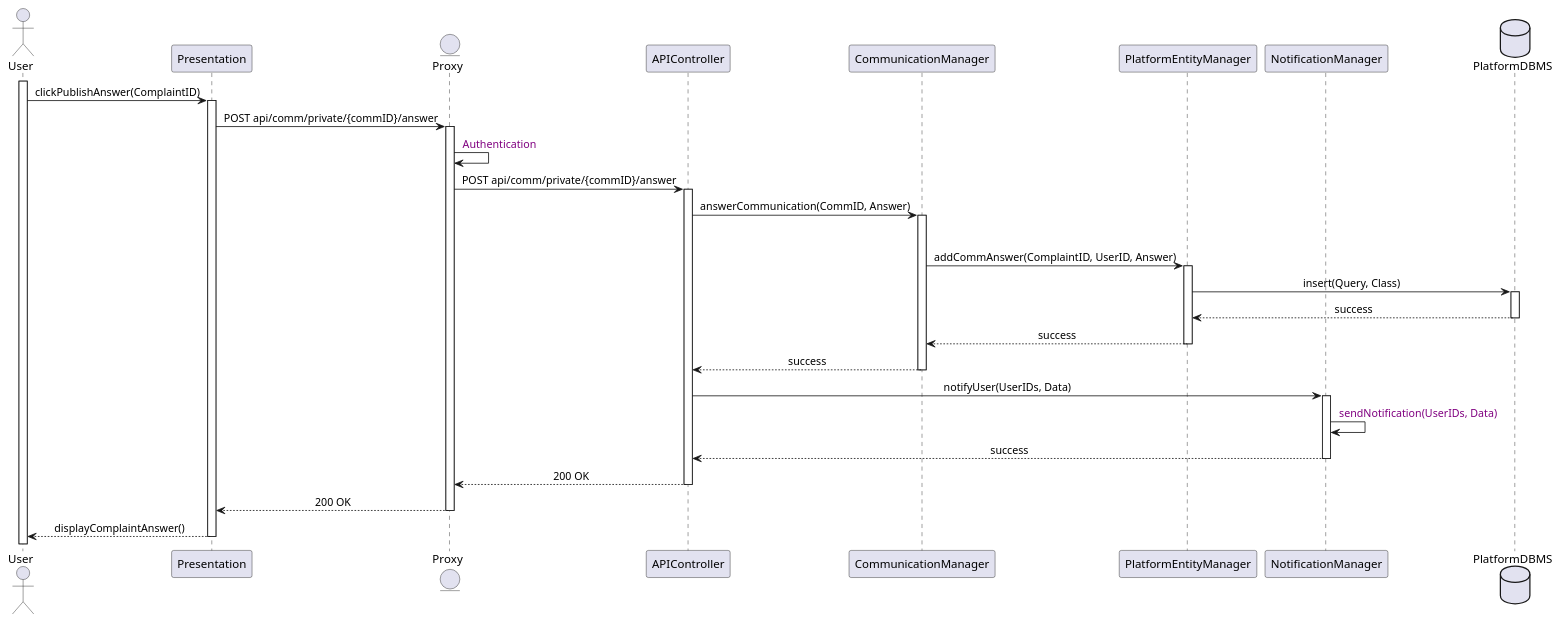
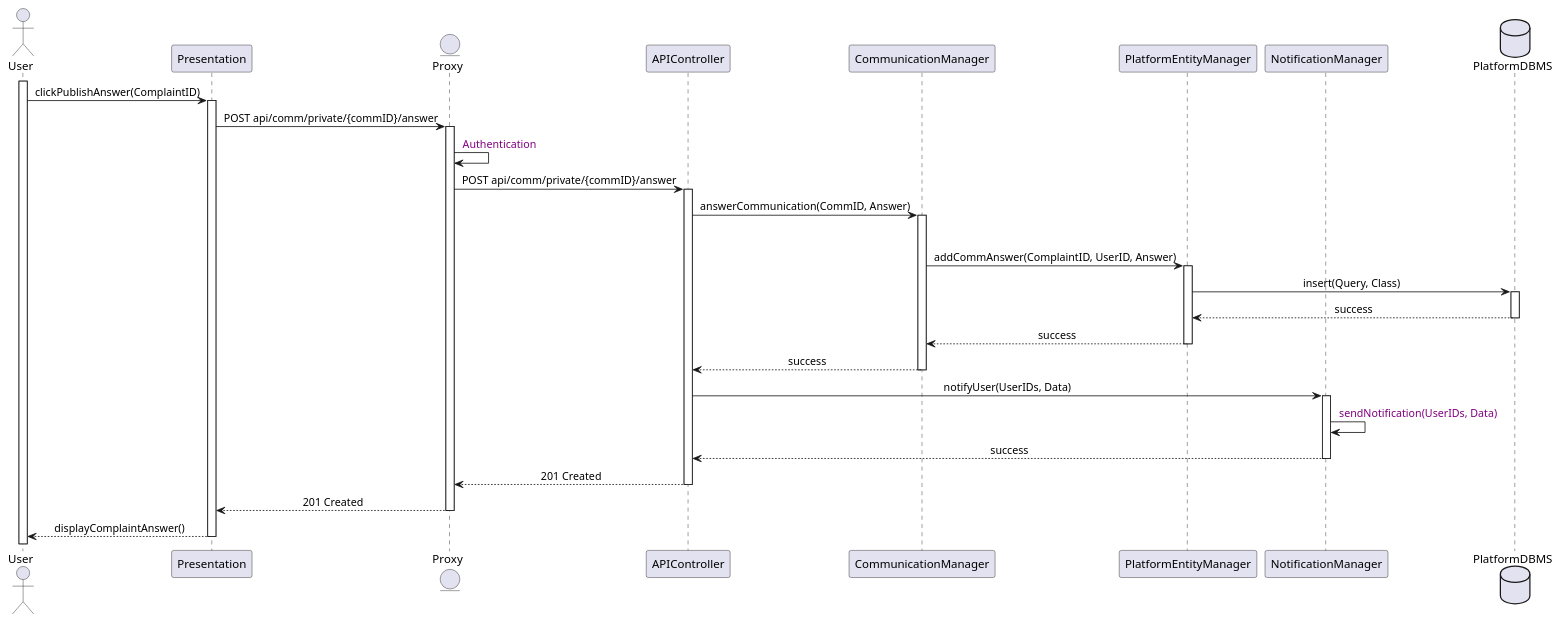
One commit to Slaitroc/RicciPaoliGrisoni changed the diagram in Diagrams/SequenceDiagrams/DD/15UserRespondsToComm.wsd. Above: the diagram before and after it, drawn with PlantUML.

Commit message:
Update sequence diagram for user response to communication to reflect correct HTTP status codes

```diff
--- a/Diagrams/SequenceDiagrams/DD/15UserRespondsToComm.wsd
+++ b/Diagrams/SequenceDiagrams/DD/15UserRespondsToComm.wsd
@@ -1,47 +1,47 @@
 @startuml UserOpensComplaint
 skinparam sequenceMessageAlign center
 actor       User
 participant Presentation
 entity      Proxy
 participant APIController
 participant CommunicationManager
 participant PlatformEntityManager
 participant NotificationManager
 database    PlatformDBMS
 
 ' Assuming the user has already typed the answer of the complaint
 ' and the api call contains the complaintID, the answer and the user's token
 
 activate User
 User -> Presentation : clickPublishAnswer(ComplaintID)
 activate Presentation
 Presentation -> Proxy : POST api/comm/private/{commID}/answer
 activate Proxy
 Proxy -> Proxy : <color:purple> Authentication
 Proxy -> APIController : POST api/comm/private/{commID}/answer
 activate APIController
 APIController -> CommunicationManager : answerCommunication(CommID, Answer)
 activate CommunicationManager
 deactivate PlatformEntityManager
 CommunicationManager -> PlatformEntityManager : addCommAnswer(ComplaintID, UserID, Answer)
 activate PlatformEntityManager
 PlatformEntityManager -> PlatformDBMS : insert(Query, Class)
 activate PlatformDBMS
 PlatformDBMS --> PlatformEntityManager : success
 deactivate PlatformDBMS
 PlatformEntityManager --> CommunicationManager : success
 deactivate PlatformEntityManager
 CommunicationManager --> APIController : success
 deactivate CommunicationManager
 APIController -> NotificationManager : notifyUser(UserIDs, Data)
 activate NotificationManager
 NotificationManager -> NotificationManager : <color:purple> sendNotification(UserIDs, Data)
 NotificationManager --> APIController : success
 deactivate NotificationManager
-APIController --> Proxy : 200 OK
+APIController --> Proxy : 201 Created
 deactivate APIController
-Proxy --> Presentation : 200 OK
+Proxy --> Presentation : 201 Created
 deactivate Proxy
 Presentation --> User : displayComplaintAnswer()
 deactivate Presentation
 @enduml
```
